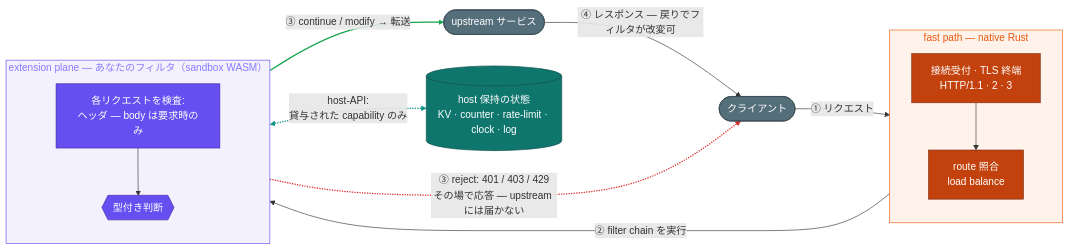
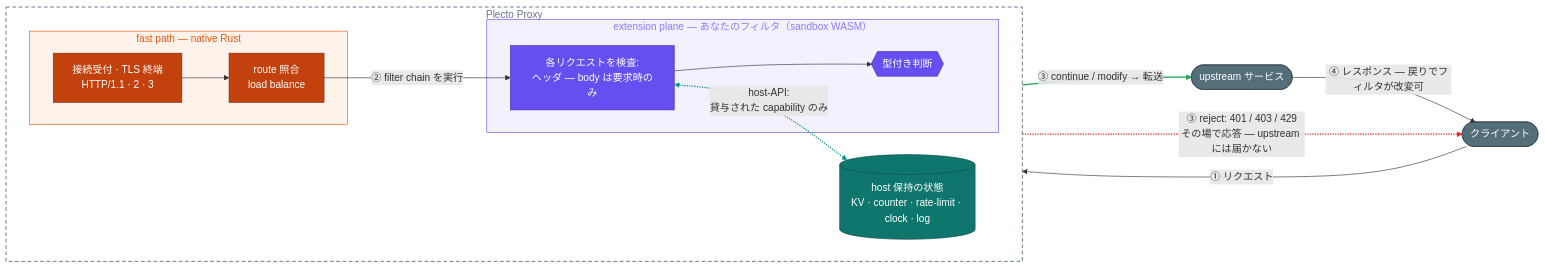
One commit to Kaikei-e/PlectoProxy changed the diagram in README.ja.md. Above: the diagram before and after it, drawn with Mermaid. The commit also changed 1 other file, not shown here.

Commit message:
docs(README): update flowchart structure and styling in English and Japanese
Refined the flowchart sections in both README files by introducing a new "Plecto Proxy" subgraph for better organization. Adjusted the layout and styling for improved clarity and visual consistency across both language versions.

````diff
--- a/README.ja.md
+++ b/README.ja.md
@@ -26,44 +26,47 @@
 ```mermaid
 flowchart LR
     client(["クライアント"])
-    upstream(["upstream サービス"])
 
-    subgraph fast["fast path — native Rust"]
-        direction TB
-        edge["接続受付 · TLS 終端<br/>HTTP/1.1 · 2 · 3"]
-        route["route 照合<br/>load balance"]
-        edge --> route
+    subgraph proxy["Plecto Proxy"]
+        direction LR
+        subgraph fast["fast path — native Rust"]
+            edge["接続受付 · TLS 終端<br/>HTTP/1.1 · 2 · 3"]
+            route["route 照合<br/>load balance"]
+            edge --> route
+        end
+
+        subgraph ext["extension plane — あなたのフィルタ（sandbox WASM）"]
+            inspect["各リクエストを検査:<br/>ヘッダ — body は要求時のみ"]
+            decide{{"型付き判断"}}
+            inspect --> decide
+        end
+
+        state[("host 保持の状態<br/>KV · counter · rate-limit · clock · log")]
     end
 
-    subgraph ext["extension plane — あなたのフィルタ（sandbox WASM）"]
-        direction TB
-        inspect["各リクエストを検査:<br/>ヘッダ — body は要求時のみ"]
-        decide{{"型付き判断"}}
-        inspect --> decide
-    end
-
-    state[("host 保持の状態<br/>KV · counter · rate-limit · clock · log")]
+    upstream(["upstream サービス"])
 
     client -- "① リクエスト" --> edge
     route -- "② filter chain を実行" --> inspect
     decide -- "③ continue / modify → 転送" --> upstream
     decide -. "③ reject: 401 / 403 / 429<br/>その場で応答 — upstream には届かない" .-> client
     upstream -- "④ レスポンス — 戻りでフィルタが改変可" --> client
     inspect <-. "host-API:<br/>貸与された capability のみ" .-> state
 
     classDef endpoint fill:#546e7a,stroke:#37474f,color:#ffffff
     classDef fastNode fill:#c2410c,stroke:#7c2d12,color:#ffffff
     classDef wasmNode fill:#654ff0,stroke:#4527a0,color:#ffffff
     classDef stateNode fill:#0f766e,stroke:#134e4a,color:#ffffff
     class client,upstream endpoint
     class edge,route fastNode
     class inspect,decide wasmNode
     class state stateNode
 
+    style proxy fill:transparent,stroke:#64748b,stroke-width:1.5px,stroke-dasharray:6 4,color:#64748b
     style fast fill:#e8590c14,stroke:#e8590c,color:#e8590c
     style ext fill:#654ff014,stroke:#654ff0,color:#8b7bff
 
     linkStyle 4 stroke:#16a34a,stroke-width:2px
     linkStyle 5 stroke:#dc2626,stroke-width:2px
     linkStyle 7 stroke:#0d9488,stroke-width:2px
 ```
````
